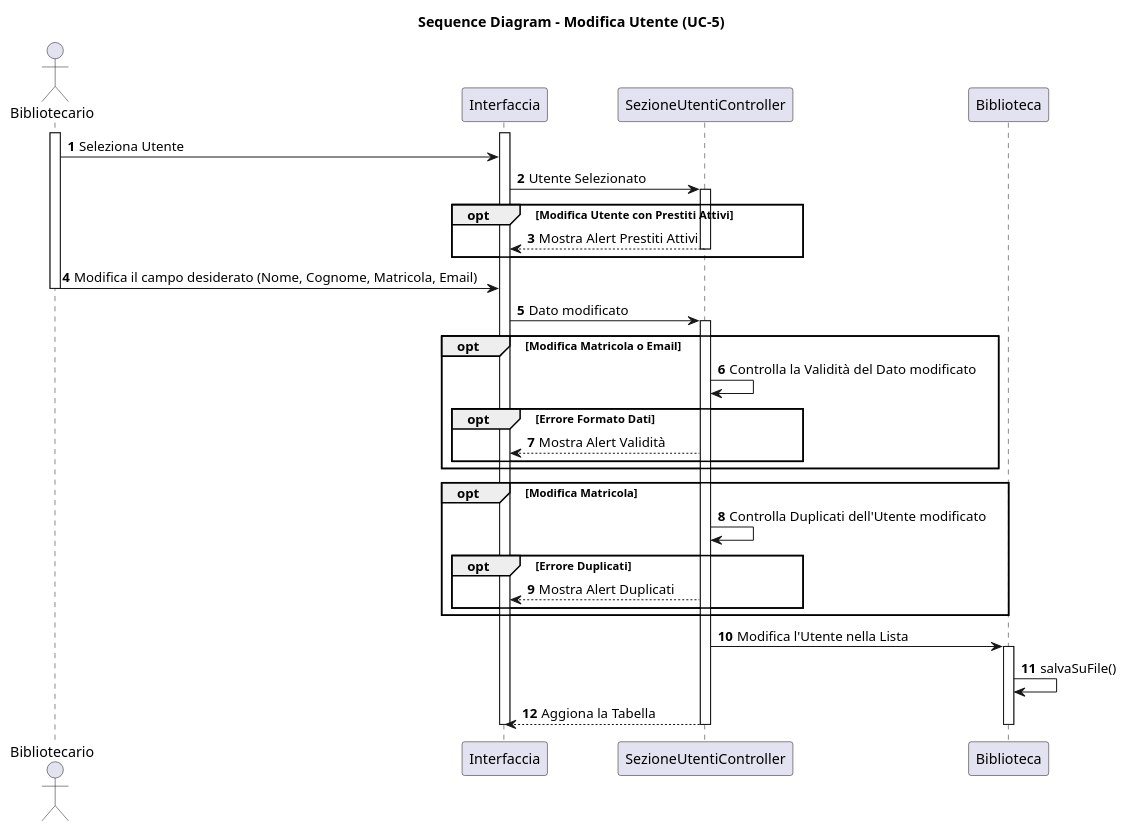
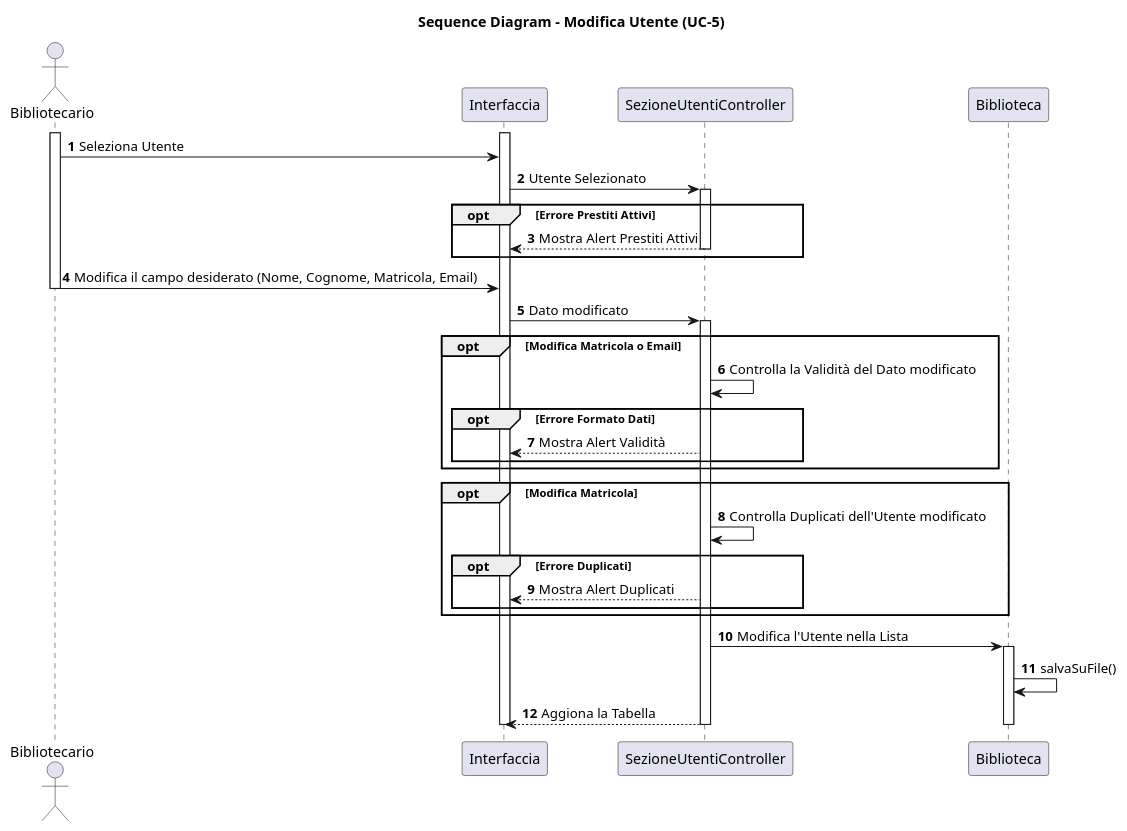
One commit to AngeloMastandrea04/SoftEng2025_G19 changed the diagram in Diagrams/Sequence Diagrams/SD_ModificaUtente.puml. Above: the diagram before and after it, drawn with PlantUML.

Commit message:
Aggiorna il diagramma di sequenza per la modifica di un Utente
Rinominato il blocco facoltativo nel diagramma di sequenza da "Modifica Utente con Prestiti Attivi" a "Errore Prestiti Attivi" per coerenza con la cancellazione.

```diff
--- a/Diagrams/Sequence Diagrams/SD_ModificaUtente.puml
+++ b/Diagrams/Sequence Diagrams/SD_ModificaUtente.puml
@@ -1,52 +1,52 @@
 @startuml modifica
 title Sequence Diagram - Modifica Utente (UC-5)
 
 autonumber
 
 actor "Bibliotecario" as User
 participant "Interfaccia" as Int
 participant "SezioneUtentiController" as Ctrl
 participant "Biblioteca" as Bib
 
 activate User
 User -> Int : Seleziona Utente
 Int -> Ctrl : Utente Selezionato
 
-opt Modifica Utente con Prestiti Attivi
+opt Errore Prestiti Attivi
 activate Ctrl
 Ctrl --> Int : Mostra Alert Prestiti Attivi
 deactivate Ctrl
 end
 
 
 activate Int
 User -> Int : Modifica il campo desiderato (Nome, Cognome, Matricola, Email)
 deactivate User
 Int -> Ctrl : Dato modificato
 
 activate Ctrl
 
 opt Modifica Matricola o Email
 Ctrl -> Ctrl : Controlla la Validità del Dato modificato
 opt Errore Formato Dati
 Ctrl --> Int : Mostra Alert Validità
 end
 end
 
 opt Modifica Matricola
 Ctrl -> Ctrl : Controlla Duplicati dell'Utente modificato 
 opt Errore Duplicati
 Ctrl --> Int : Mostra Alert Duplicati
 end
 end
 
 Ctrl -> Bib : Modifica l'Utente nella Lista
 activate Bib
 Bib -> Bib : salvaSuFile()
 Ctrl --> Int : Aggiona la Tabella
 deactivate Bib
 deactivate Ctrl
 deactivate Int
 
 
 @enduml
```
